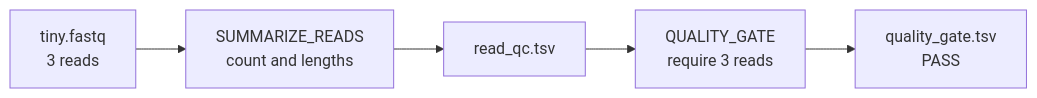
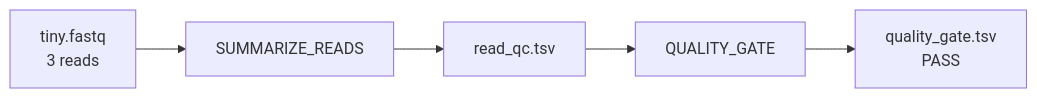
One commit to Caffeinated-Code/Bioinformatics_Field_Guide changed the third of 3 diagrams in content/posts/week-07-rnaseq-in-seven-minutes.md. Above: the diagram before and after it, drawn with Mermaid. The commit also changed other lines of this file and 11 other files, not shown here.

````diff
--- a/content/posts/week-07-rnaseq-in-seven-minutes.md
+++ b/content/posts/week-07-rnaseq-in-seven-minutes.md
@@ -141,7 +129,7 @@
 ```mermaid
 flowchart LR
-  fastq["tiny.fastq<br/>3 reads"] --> summary["SUMMARIZE_READS<br/>count and lengths"]
+  fastq["tiny.fastq<br/>3 reads"] --> summary["SUMMARIZE_READS"]
   summary --> metrics["read_qc.tsv"]
-  metrics --> gate["QUALITY_GATE<br/>require 3 reads"]
-  gate --> pass["quality_gate.tsv<br/>PASS"]
+  metrics --> gate["QUALITY_GATE"]
+  gate --> decision["quality_gate.tsv<br/>PASS"]
 ```
````
